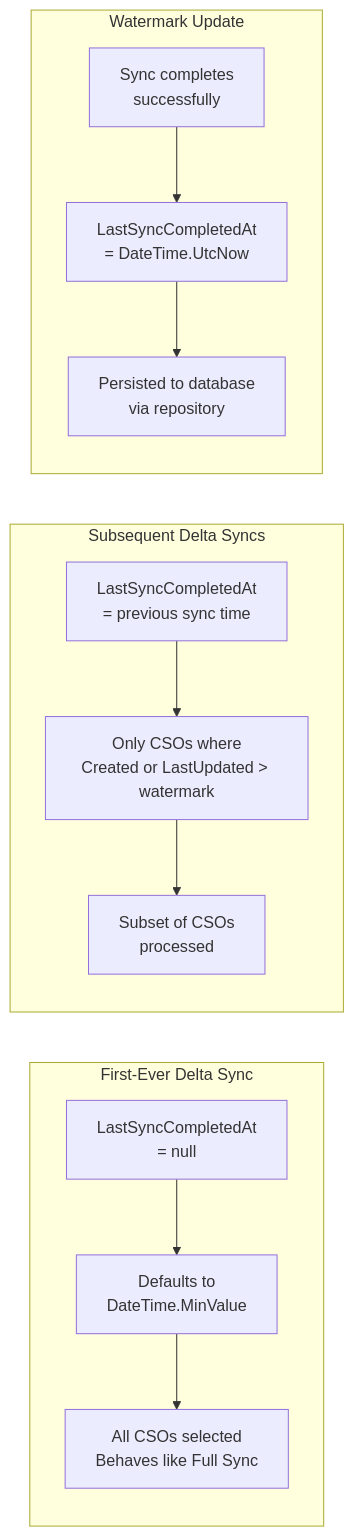
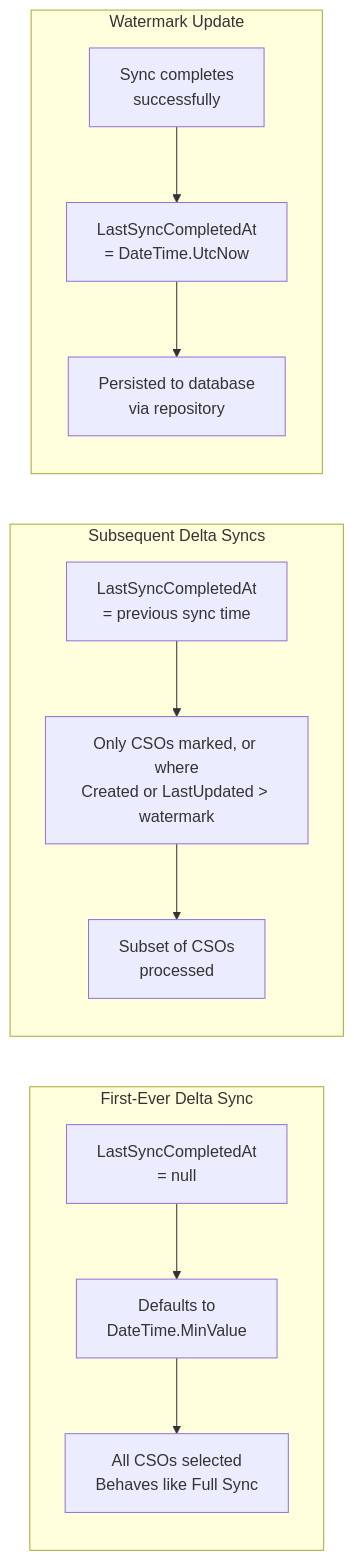
Before and after one commit to TetronIO/JIM: the second of 2 diagrams in engineering/developer/diagrams/DELTA_SYNC_FLOW.md, drawn with Mermaid. The commit also changed other lines of this file and 43 other files, not shown here.

````diff
--- a/engineering/developer/diagrams/DELTA_SYNC_FLOW.md
+++ b/engineering/developer/diagrams/DELTA_SYNC_FLOW.md
@@ -58,17 +58,17 @@
 ```mermaid
 flowchart LR
     subgraph "First-Ever Delta Sync"
         NullWatermark[LastSyncCompletedAt<br/>= null] --> DefaultMin[Defaults to<br/>DateTime.MinValue]
         DefaultMin --> AllCSOs[All CSOs selected<br/>Behaves like Full Sync]
     end
 
     subgraph "Subsequent Delta Syncs"
-        PrevWatermark[LastSyncCompletedAt<br/>= previous sync time] --> FilterCSOs[Only CSOs where<br/>Created or LastUpdated > watermark]
+        PrevWatermark[LastSyncCompletedAt<br/>= previous sync time] --> FilterCSOs[Only CSOs marked, or where<br/>Created or LastUpdated > watermark]
         FilterCSOs --> SubsetCSOs[Subset of CSOs<br/>processed]
     end
 
     subgraph "Watermark Update"
         SyncCompletes[Sync completes<br/>successfully] --> SetWatermark[LastSyncCompletedAt<br/>= DateTime.UtcNow]
         SetWatermark --> Persisted[Persisted to database<br/>via repository]
     end
 ```
````
